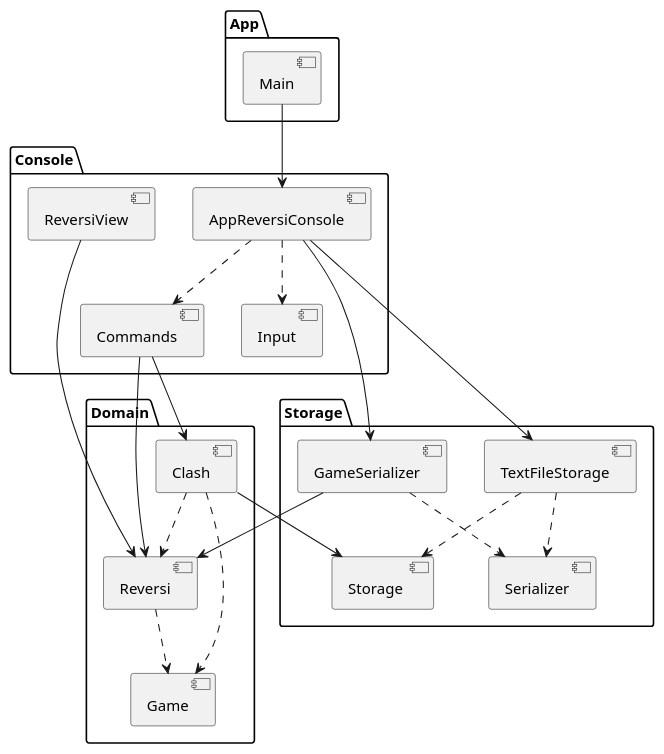
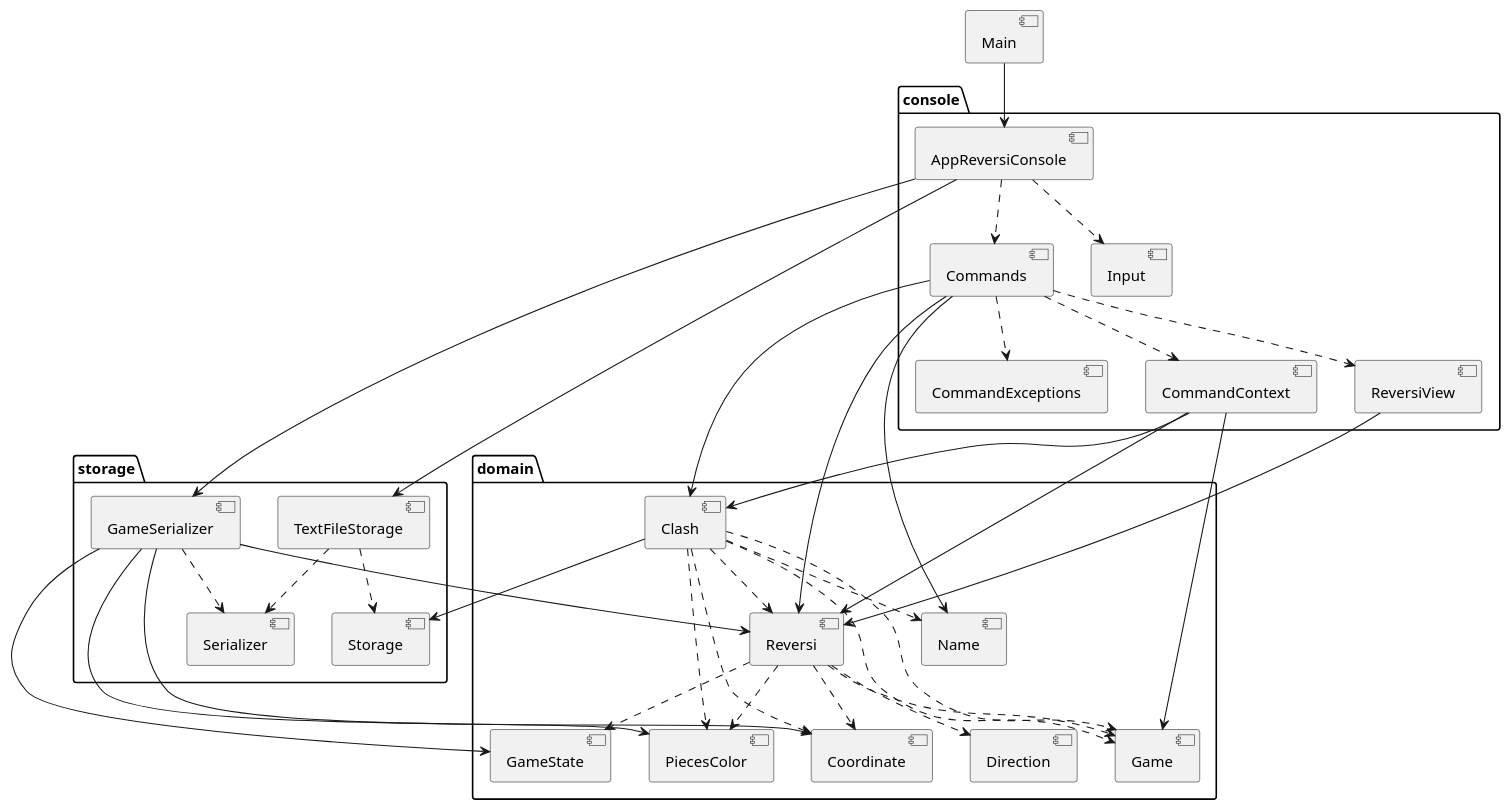
Before and after one commit to gbf96/Reversi_Game: the diagram in docs/ComponentDependencies.puml, drawn with PlantUML. The commit also changed 16 other files, not shown here.

```diff
--- a/docs/ComponentDependencies.puml
+++ b/docs/ComponentDependencies.puml
@@ -1,49 +1,73 @@
 @startuml
 ' https://plantuml.com/component-diagram
 
-package "Console" {
+
+
+package "console" {
   [AppReversiConsole]
   [Commands]
+  [CommandContext]
+  [Input]
   [ReversiView]
-  [Input]
+  [CommandExceptions]
 }
 
-package "Domain" {
+package "domain" {
   [Game]
   [Reversi]
   [Clash]
+  [Coordinate]
+  [Direction]
+  [GameState]
+  [PiecesColor]
+  [Name]
 }
 
-package "Storage" {
-  [Storage ]
+package "storage" {
+  [Storage]
   [Serializer]
   [TextFileStorage]
   [GameSerializer]
-}
-
-package "App" {
-  [Main]
 }
 
 [Main] --> [AppReversiConsole]
 
 [AppReversiConsole] ..> [Input]
 [AppReversiConsole] ..> [Commands]
 [AppReversiConsole] --> [TextFileStorage]
 [AppReversiConsole] --> [GameSerializer]
+
+[Commands] ..> [CommandExceptions]
+[Commands] ..> [CommandContext]
+[Commands] ..> [ReversiView]
+[Commands] --> [Reversi]
+[Commands] --> [Clash]
+[Commands] --> [Name]
+[CommandContext] --> [Game]
+[CommandContext] --> [Clash]
+[CommandContext] --> [Reversi]
 [ReversiView] --> [Reversi]
 
-[Commands] --> [Reversi]
-[Commands] --> [Clash]
+[Clash] ..> [Game]
+[Clash] --> [Storage]
+[Clash] ..> [Reversi]
+[Clash] ..> [Name]
+[Clash] ..> [Game]
+[Clash] ..> [PiecesColor]
+[Clash] ..> [Coordinate]
+
 [Reversi] ..> [Game]
-[Clash] ..> [Game]
+[Reversi] ..> [GameState]
+[Reversi] ..> [PiecesColor]
+[Reversi] ..> [Coordinate]
+[Reversi] ..> [Direction]
 
-[Clash] --> [Storage ]
-[Clash] ..> [Reversi]
-
-[TextFileStorage] ..> [Storage ]
+[TextFileStorage] ..> [Storage]
+[TextFileStorage] ..> [Serializer]
 [GameSerializer] ..> [Serializer]
-[TextFileStorage] ..> [Serializer]
 [GameSerializer] --> [Reversi]
+[GameSerializer] --> [PiecesColor]
+[GameSerializer] --> [Coordinate]
+[GameSerializer] --> [GameState]
 
 @enduml
```
